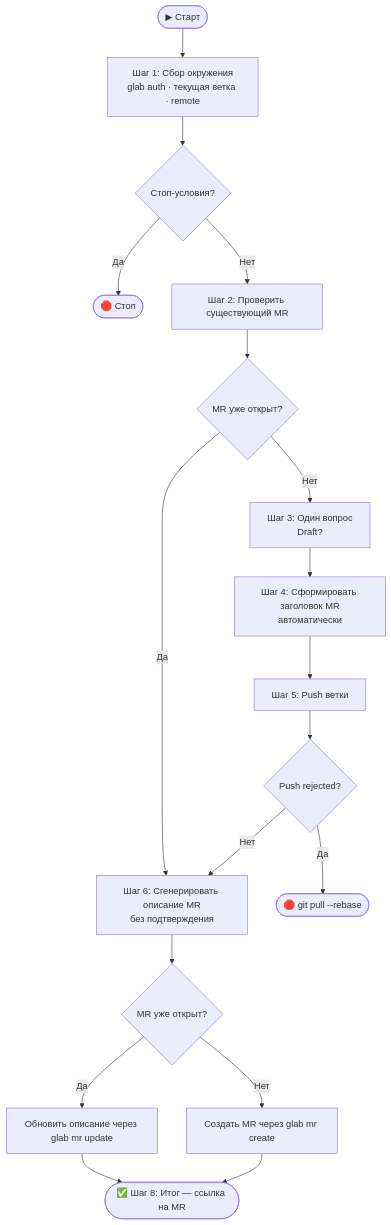
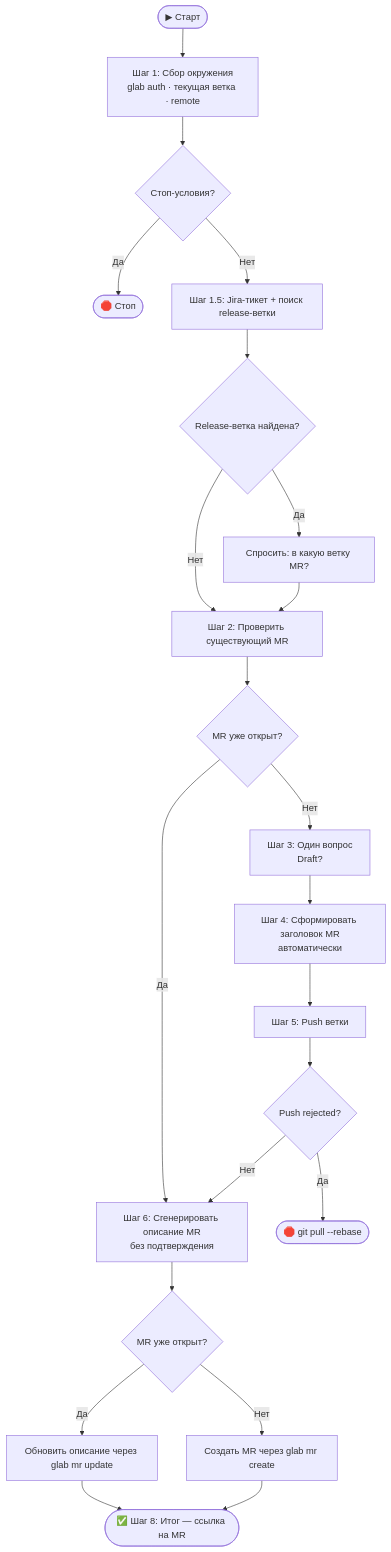
The diagram in skills/create-mr/SKILL.md (ar2r/claude-skills), drawn with Mermaid before and after one commit. The commit also changed other lines of this file and 2 other files, not shown here.

First line of the commit message:
Bump version to 2.0.16; improve create-mr release-branch targeting

````diff
--- a/skills/create-mr/SKILL.md
+++ b/skills/create-mr/SKILL.md
@@ -23,20 +24,24 @@
 ```mermaid
 flowchart TD
     A([▶ Старт]) --> B[Шаг 1: Сбор окружения\nglab auth · текущая ветка · remote]
     B --> B1{Стоп-условия?}
     B1 -->|Да| STOP1([🛑 Стоп])
-    B1 -->|Нет| C[Шаг 2: Проверить существующий MR]
+    B1 -->|Нет| B2[Шаг 1.5: Jira-тикет + поиск release-ветки]
+    B2 --> B3{Release-ветка найдена?}
+    B3 -->|Да| B4[Спросить: в какую ветку MR?]
+    B3 -->|Нет| C
+    B4 --> C[Шаг 2: Проверить существующий MR]
     C --> C1{MR уже открыт?}
     C1 -->|Да| G[Шаг 6: Сгенерировать описание MR\nбез подтверждения]
     C1 -->|Нет| D[Шаг 3: Один вопрос\nDraft?]
     D --> E[Шаг 4: Сформировать заголовок MR\nавтоматически]
     E --> F[Шаг 5: Push ветки]
     F --> F1{Push rejected?}
     F1 -->|Да| STOP3([🛑 git pull --rebase])
     F1 -->|Нет| G
     G --> H{MR уже открыт?}
     H -->|Да| I[Обновить описание через glab mr update]
     H -->|Нет| J[Создать MR через glab mr create]
     I --> K([✅ Шаг 8: Итог — ссылка на MR])
     J --> K
 ```
````
